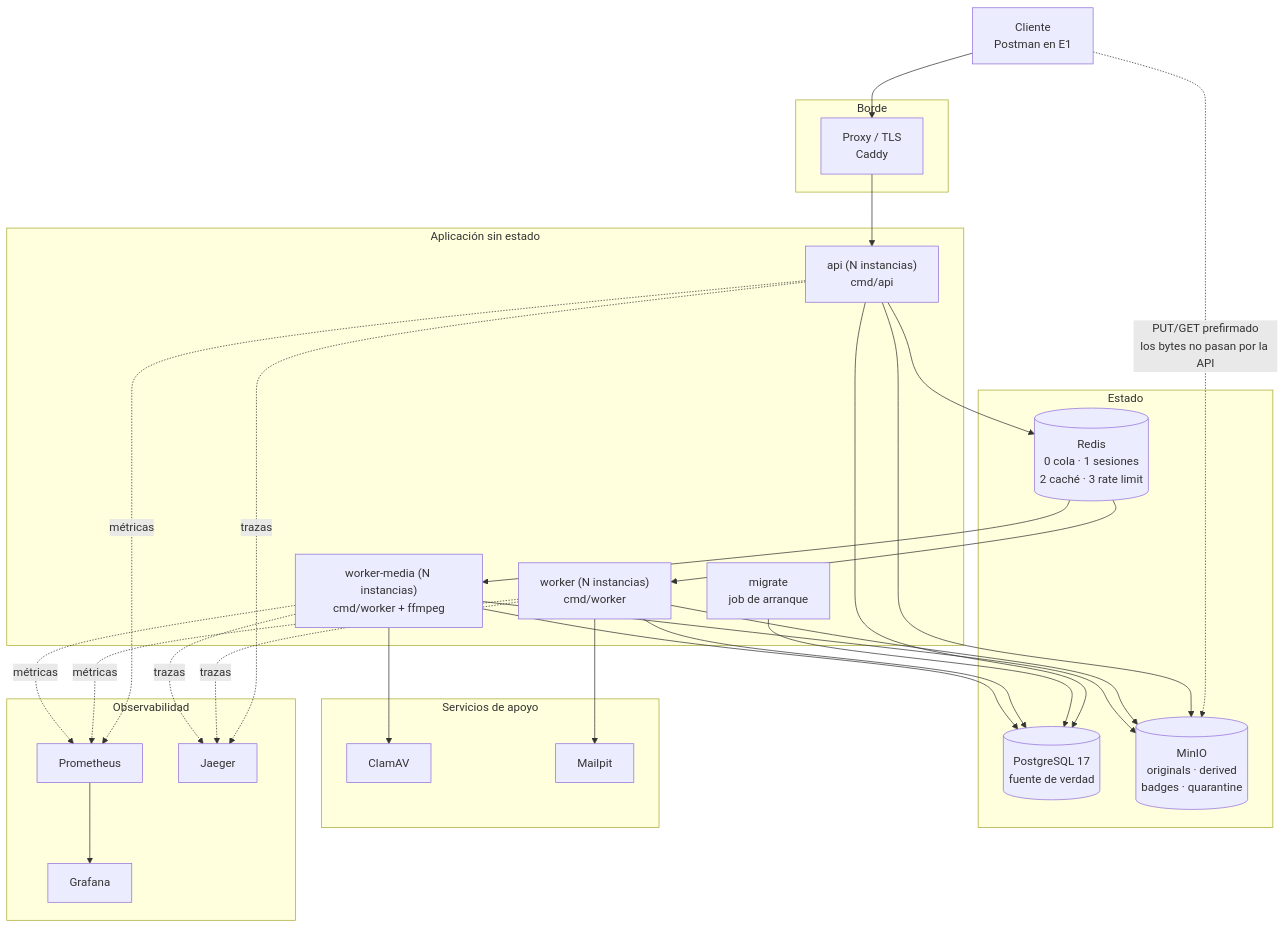
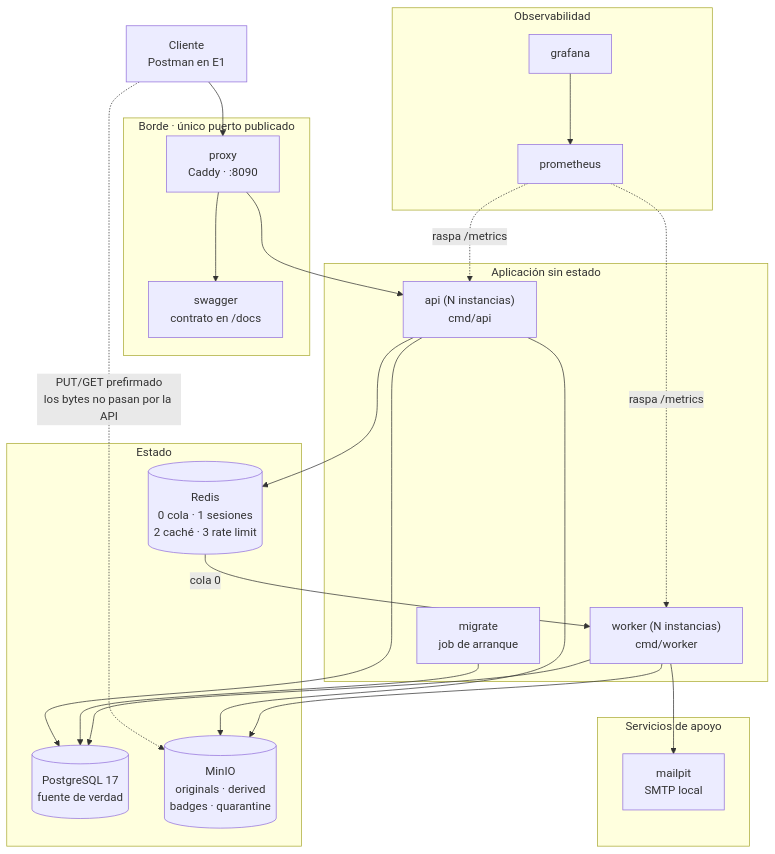
Before and after one commit to danielreales00/proyecto-1-mooc: the second of 2 diagrams in arquitectura/disenos/contexto-y-componentes.md, drawn with Mermaid. The commit also changed other lines of this file, not shown here.

First line of the commit message:
docs(arquitectura): el diagrama de componentes muestra lo que existe

````diff
--- a/arquitectura/disenos/contexto-y-componentes.md
+++ b/arquitectura/disenos/contexto-y-componentes.md
@@ -31,57 +33,49 @@
 ```mermaid
 graph TB
   CLI[Cliente<br/>Postman en E1]
 
-  subgraph borde[Borde]
-    PROXY[Proxy / TLS<br/>Caddy]
+  subgraph borde[Borde · único puerto publicado]
+    PROXY[proxy<br/>Caddy · :8090]
+    SW[swagger<br/>contrato en /docs]
   end
 
   subgraph app[Aplicación sin estado]
     API["api (N instancias)<br/>cmd/api"]
     WG["worker (N instancias)<br/>cmd/worker"]
-    WM["worker-media (N instancias)<br/>cmd/worker + ffmpeg"]
     MIG["migrate<br/>job de arranque"]
   end
 
   subgraph datos[Estado]
     PG[(PostgreSQL 17<br/>fuente de verdad)]
     RD[(Redis<br/>0 cola · 1 sesiones<br/>2 caché · 3 rate limit)]
     S3[(MinIO<br/>originals · derived<br/>badges · quarantine)]
   end
 
   subgraph apoyo[Servicios de apoyo]
-    CLAM[ClamAV]
-    MAIL[Mailpit]
+    MAIL[mailpit<br/>SMTP local]
   end
 
   subgraph obs[Observabilidad]
-    PROM[Prometheus]
-    GRAF[Grafana]
-    JAEG[Jaeger]
+    PROM[prometheus]
+    GRAF[grafana]
   end
 
-  CLI --> PROXY --> API
+  CLI --> PROXY
+  PROXY --> API
+  PROXY --> SW
   CLI -. "PUT/GET prefirmado<br/>los bytes no pasan por la API" .-> S3
 
   API --> PG
   API --> RD
   API --> S3
   MIG --> PG
 
-  RD --> WG
-  RD --> WM
+  RD -- "cola 0" --> WG
   WG --> PG
   WG --> S3
   WG --> MAIL
-  WM --> PG
-  WM --> S3
-  WM --> CLAM
 
-  API -.métricas.-> PROM
-  WG -.métricas.-> PROM
-  WM -.métricas.-> PROM
-  API -.trazas.-> JAEG
-  WG -.trazas.-> JAEG
-  WM -.trazas.-> JAEG
-  PROM --> GRAF
+  PROM -. "raspa /metrics" .-> API
+  PROM -. "raspa /metrics" .-> WG
+  GRAF --> PROM
 ```
````
